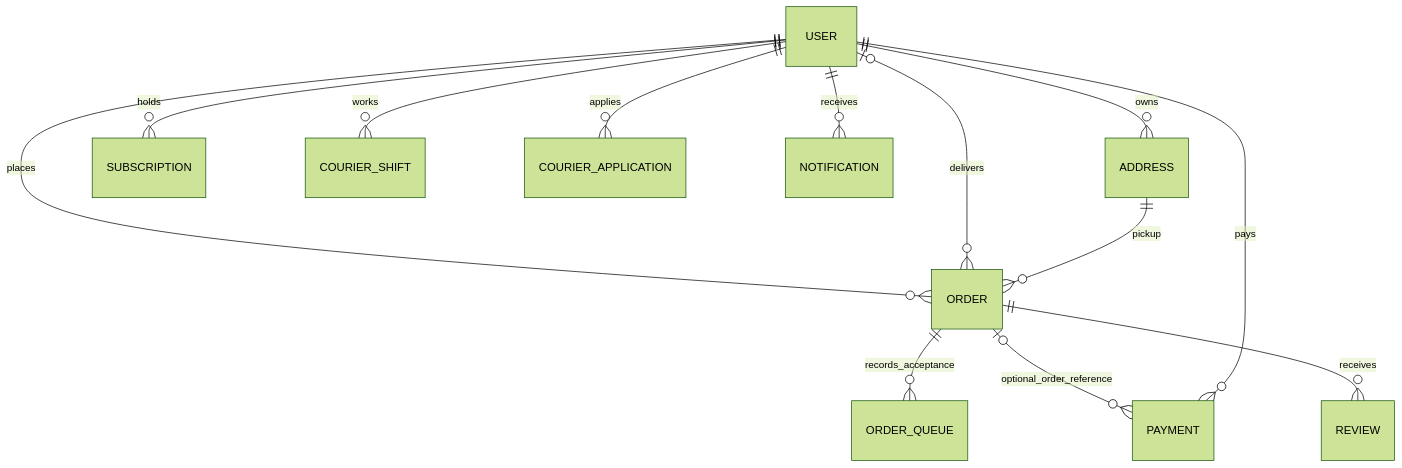
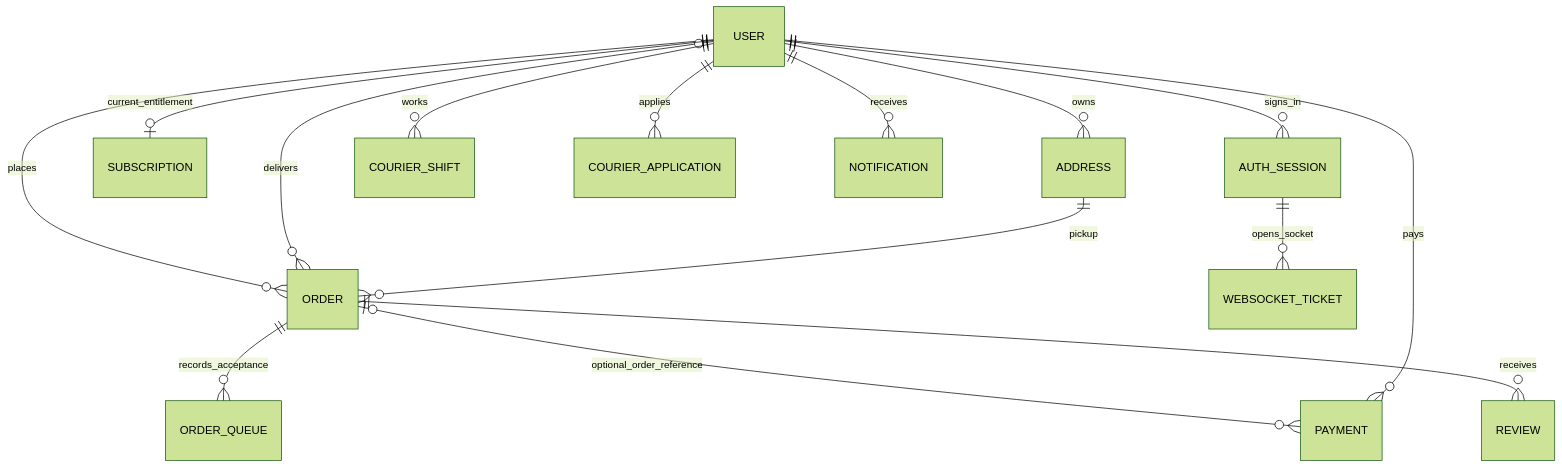
Before and after one commit to br1maks/EcoHaul: the second of 4 diagrams in docs/architecture.md, drawn with Mermaid (forest theme). The commit also changed other lines of this file and 74 other files, not shown here.

````diff
--- a/docs/architecture.md
+++ b/docs/architecture.md
@@ -66,15 +66,17 @@
 ```mermaid
 erDiagram
     USER ||--o{ ADDRESS : owns
     USER ||--o{ ORDER : places
     USER o|--o{ ORDER : delivers
     ADDRESS ||--o{ ORDER : pickup
     ORDER ||--o{ ORDER_QUEUE : records_acceptance
     ORDER o|--o{ PAYMENT : optional_order_reference
     USER ||--o{ PAYMENT : pays
-    USER ||--o{ SUBSCRIPTION : holds
+    USER ||--o| SUBSCRIPTION : current_entitlement
+    USER ||--o{ AUTH_SESSION : signs_in
+    AUTH_SESSION ||--o{ WEBSOCKET_TICKET : opens_socket
     USER ||--o{ COURIER_SHIFT : works
     USER ||--o{ COURIER_APPLICATION : applies
     ORDER ||--o{ REVIEW : receives
     USER ||--o{ NOTIFICATION : receives
 ```
````
